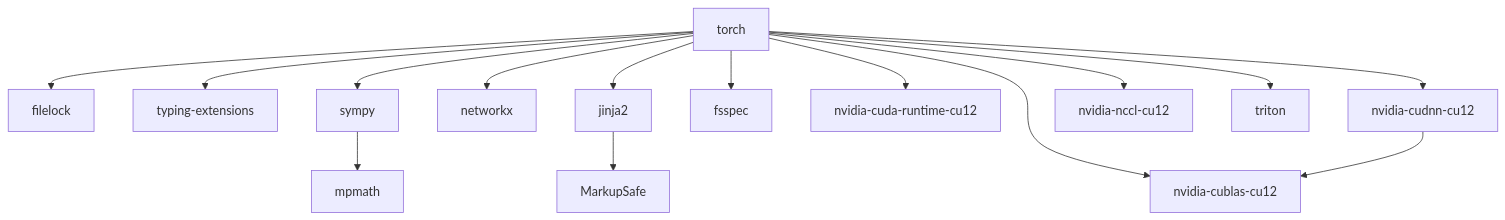
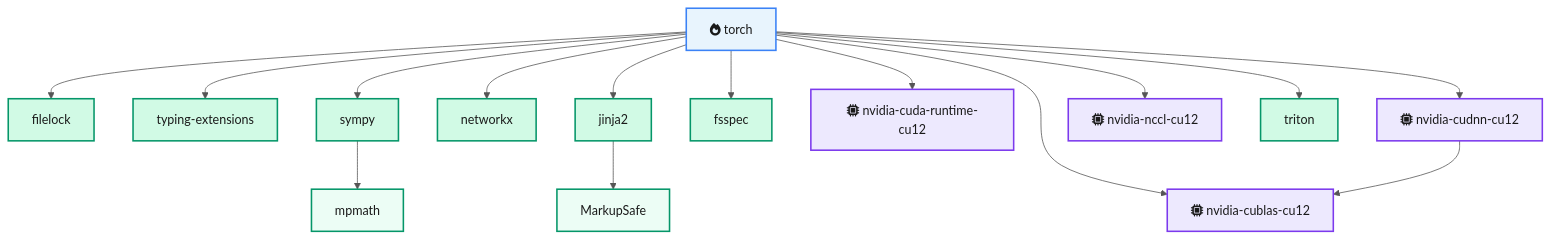
The second of 4 diagrams in docs/assignments/package-management-concepts.md (OSU-CAR-MSL/lab-setup-guide), drawn with Mermaid before and after one commit. The commit also changed other lines of this file and 13 other files, not shown here.

First line of the commit message:
Enhance all 22 Mermaid diagrams with semantic shapes, icons, and color coding

````diff
--- a/docs/assignments/package-management-concepts.md
+++ b/docs/assignments/package-management-concepts.md
@@ -76,17 +80,23 @@
 ```mermaid
+%%{init: {'theme': 'base', 'themeVariables': {'primaryColor': '#e8f4fd', 'primaryTextColor': '#1a1a1a', 'lineColor': '#555'}}}%%
 graph TD
-    A[torch] --> B[filelock]
-    A --> C[typing-extensions]
-    A --> D[sympy]
-    A --> E[networkx]
-    A --> F[jinja2]
-    A --> G[fsspec]
-    A --> H[nvidia-cuda-runtime-cu12]
-    A --> I[nvidia-cudnn-cu12]
-    A --> J[nvidia-cublas-cu12]
-    A --> K[nvidia-nccl-cu12]
-    A --> L[triton]
-    D --> M[mpmath]
-    F --> N[MarkupSafe]
+    A["fa:fa-fire torch"]:::process --> B["filelock"]:::data
+    A --> C["typing-extensions"]:::data
+    A --> D["sympy"]:::data
+    A --> E["networkx"]:::data
+    A --> F["jinja2"]:::data
+    A --> G["fsspec"]:::data
+    A --> H["fa:fa-microchip nvidia-cuda-runtime-cu12"]:::external
+    A --> I["fa:fa-microchip nvidia-cudnn-cu12"]:::external
+    A --> J["fa:fa-microchip nvidia-cublas-cu12"]:::external
+    A --> K["fa:fa-microchip nvidia-nccl-cu12"]:::external
+    A --> L["triton"]:::data
+    D --> M["mpmath"]:::subdata
+    F --> N["MarkupSafe"]:::subdata
     I --> J
+
+    classDef process fill:#e8f4fd,stroke:#3b82f6,color:#1a1a1a,stroke-width:2px
+    classDef data fill:#d1fae5,stroke:#059669,color:#1a1a1a,stroke-width:2px
+    classDef external fill:#ede9fe,stroke:#7c3aed,color:#1a1a1a,stroke-width:2px
+    classDef subdata fill:#ecfdf5,stroke:#059669,color:#1a1a1a,stroke-width:2px
 ```
````
